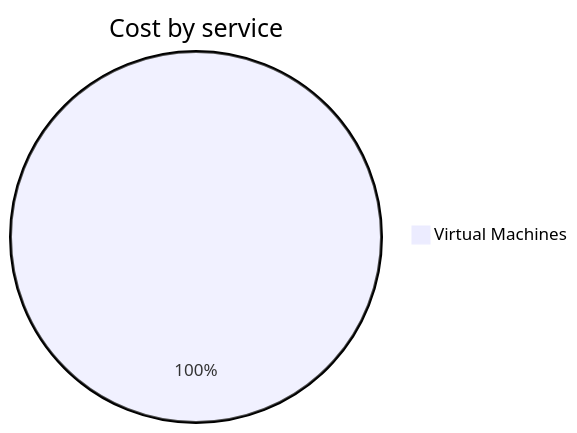
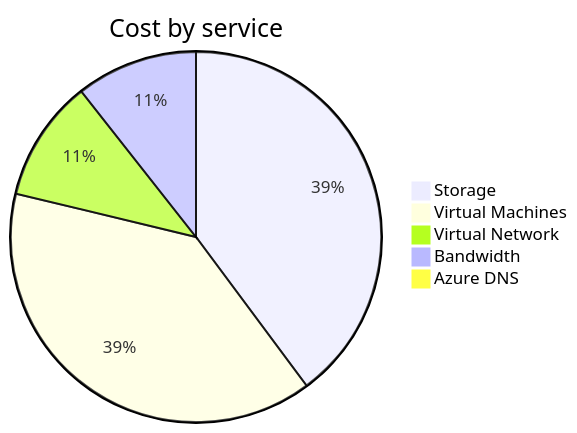
One commit to jpfulton/azure-personal-reports changed the second of 4 diagrams in cost-reports/personal-network/README.md. Above: the diagram before and after it, drawn with Mermaid. The commit also changed other lines of this file and 8 other files, not shown here.

````diff
--- a/cost-reports/personal-network/README.md
+++ b/cost-reports/personal-network/README.md
@@ -91,5 +95,9 @@
 ```mermaid
 pie
    title Cost by service
-   "Virtual Machines" : 0.07
+   "Storage" : 0.45
+   "Virtual Machines" : 0.44
+   "Virtual Network" : 0.12
+   "Bandwidth" : 0.12
+   "Azure DNS" : 0.01
 ```
````
